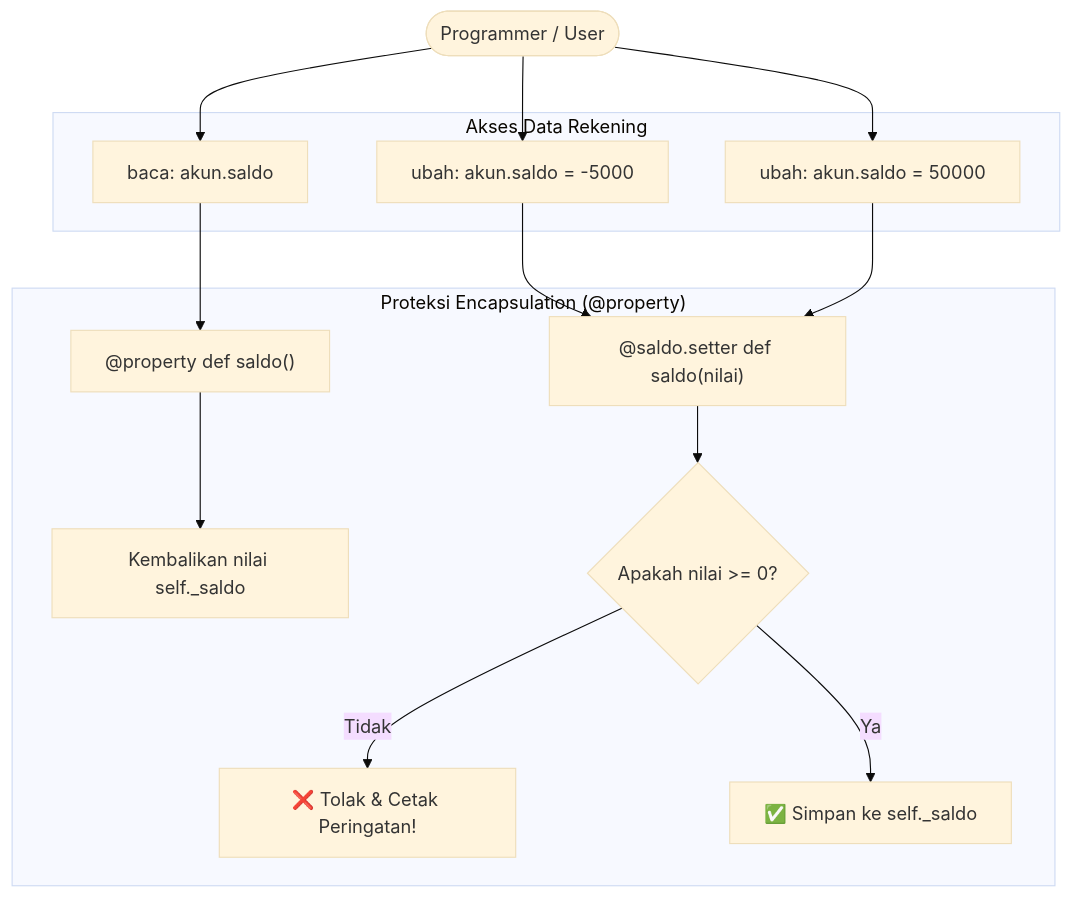
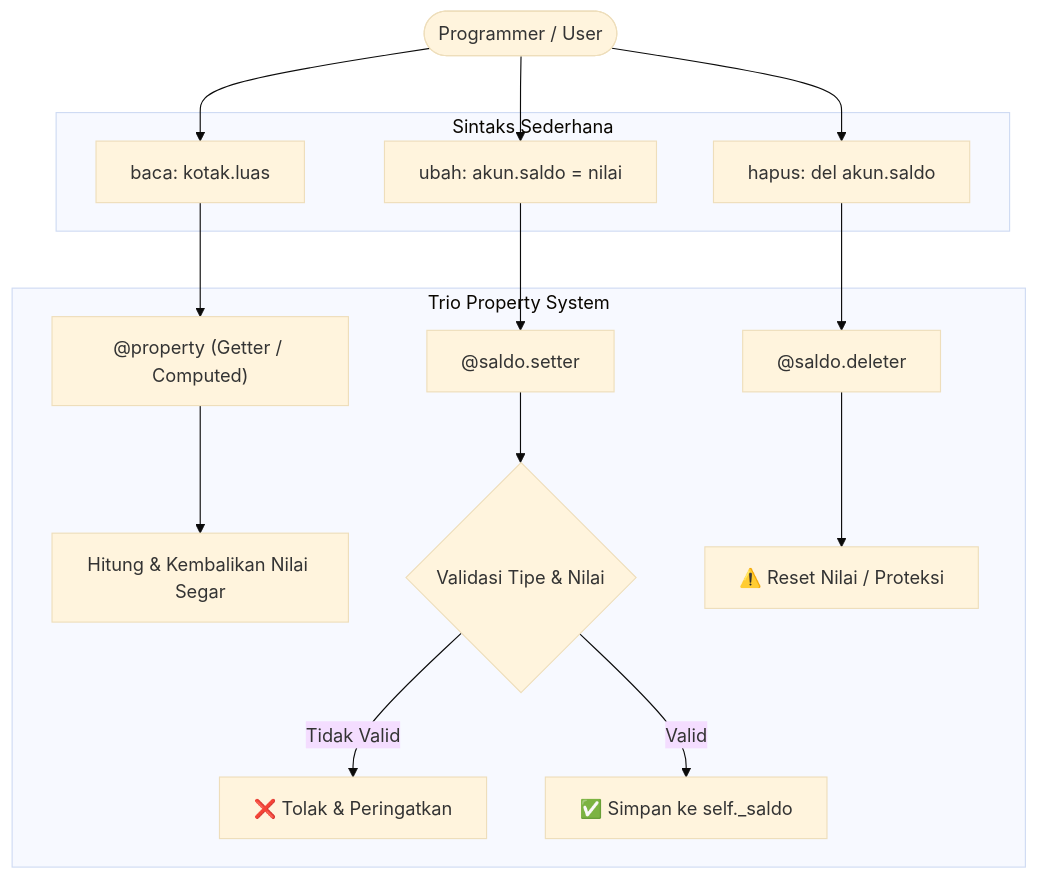
One commit to antonprafanto/Phyton-OOP changed the diagram in 02_core_level/modul_03_encapsulation/MATERI.md. Above: the diagram before and after it, drawn with Mermaid (base theme). The commit also changed other lines of this file and 1 other file, not shown here.

Commit message:
docs(modul-3): tambahkan computed property (anti data basi), trio @deleter, dan validasi isinstance()

````diff
--- a/02_core_level/modul_03_encapsulation/MATERI.md
+++ b/02_core_level/modul_03_encapsulation/MATERI.md
@@ -203,27 +217,26 @@
 ```mermaid
 flowchart TD
     User([Programmer / User])
 
-    subgraph Akses ["Akses Data Rekening"]
-        A["baca: akun.saldo"]
-        B["ubah: akun.saldo = -5000"]
-        C["ubah: akun.saldo = 50000"]
+    subgraph Akses ["Sintaks Sederhana"]
+        A["baca: kotak.luas"]
+        B["ubah: akun.saldo = nilai"]
+        C["hapus: del akun.saldo"]
     end
 
     User --> A
     User --> B
     User --> C
 
-    subgraph Encapsulation ["Proteksi Encapsulation (@property)"]
-        G["@property def saldo()"] --> R["Kembalikan nilai self._saldo"]
-        S["@saldo.setter def saldo(nilai)"]
-        Validasi{"Apakah nilai >= 0?"}
-        S --> Validasi
-        Validasi -- Tidak --> Tolak["❌ Tolak & Cetak Peringatan!"]
-        Validasi -- Ya --> Terima["✅ Simpan ke self._saldo"]
+    subgraph PropertySystem ["Trio Property System"]
+        G["@property (Getter / Computed)"] --> R["Hitung & Kembalikan Nilai Segar"]
+        S["@saldo.setter"] --> Validasi{"Validasi Tipe & Nilai"}
+        Validasi -- Tidak Valid --> Tolak["❌ Tolak & Peringatkan"]
+        Validasi -- Valid --> Terima["✅ Simpan ke self._saldo"]
+        D["@saldo.deleter"] --> Reset["⚠️ Reset Nilai / Proteksi"]
     end
 
     A --> G
     B --> S
-    C --> S
+    C --> D
 ```
````
